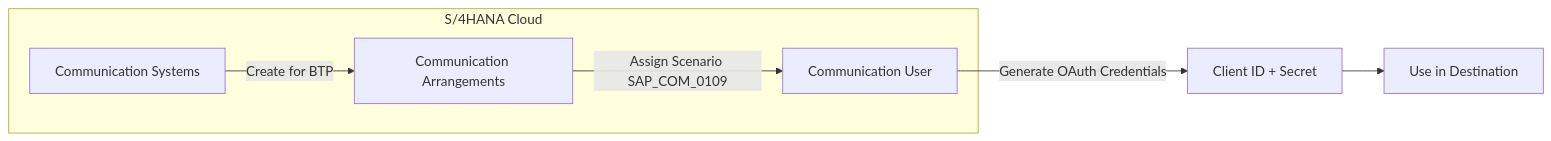
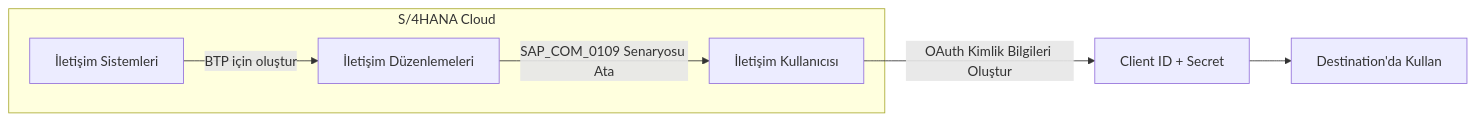
The second of 7 diagrams in Technical Tutorials/BTP/TR/chapters/09-first-joule-skill.md (beyhanmeyrali/sap-all), drawn with Mermaid before and after one commit. The commit also changed other lines of this file and 11 other files, not shown here.

First line of the commit message:
Complete Turkish translation for SAP BTP Mini Book

````diff
--- a/Technical Tutorials/BTP/TR/chapters/09-first-joule-skill.md
+++ b/Technical Tutorials/BTP/TR/chapters/09-first-joule-skill.md
@@ -96,13 +96,13 @@
 ```mermaid
 flowchart LR
     subgraph "S/4HANA Cloud"
-        A[Communication Systems]
-        B[Communication Arrangements]
-        C[Communication User]
+        A[İletişim Sistemleri]
+        B[İletişim Düzenlemeleri]
+        C[İletişim Kullanıcısı]
     end
 
-    A --> |"Create for BTP"| B
-    B --> |"Assign Scenario SAP_COM_0109"| C
-    C --> |"Generate OAuth Credentials"| D[Client ID + Secret]
-    D --> E[Use in Destination]
+    A --> |"BTP için oluştur"| B
+    B --> |"SAP_COM_0109 Senaryosu Ata"| C
+    C --> |"OAuth Kimlik Bilgileri Oluştur"| D[Client ID + Secret]
+    D --> E[Destination'da Kullan]
 ```
````
